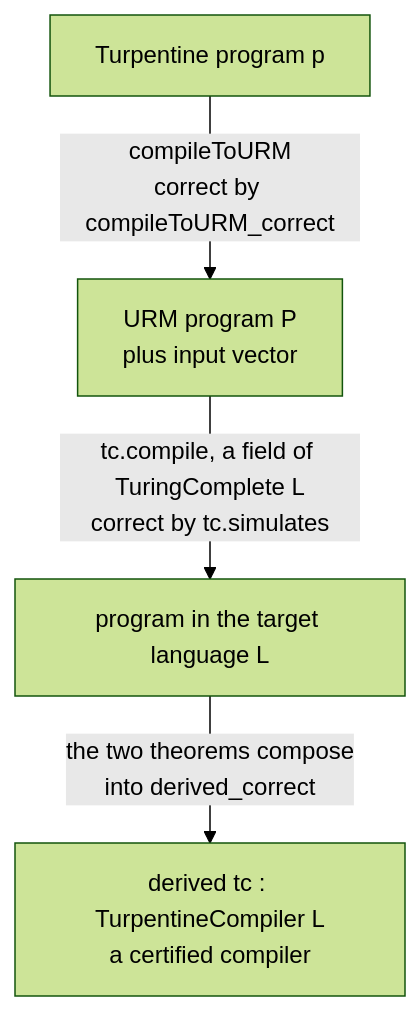
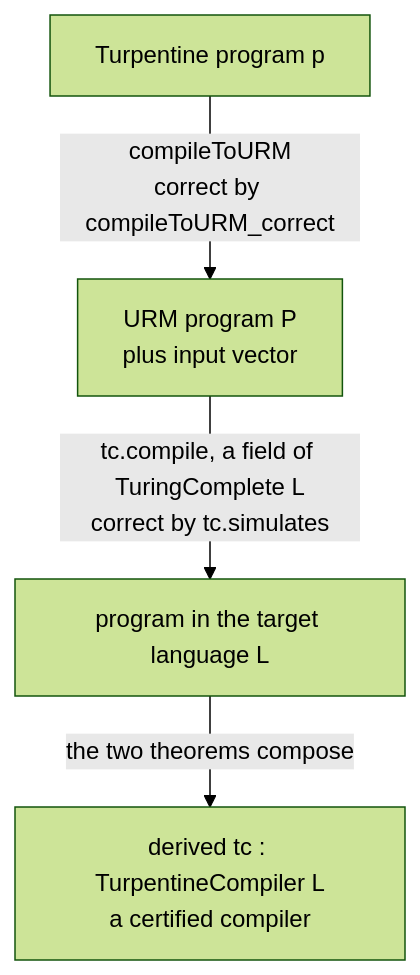
One commit to ilyasergey/langlib changed the diagram in docs/certified-compilation.md. Above: the diagram before and after it, drawn with Mermaid (forest theme). The commit also changed other lines of this file and 2 other files, not shown here.

````diff
--- a/docs/certified-compilation.md
+++ b/docs/certified-compilation.md
@@ -1227,11 +284,11 @@
 ```mermaid
 graph TD
   T["Turpentine program p"]
   U["URM program P<br/>plus input vector"]
   L["program in the target language L"]
   C["derived tc : TurpentineCompiler L<br/>a certified compiler"]
 
   T -->|"compileToURM<br/>correct by compileToURM_correct"| U
   U -->|"tc.compile, a field of TuringComplete L<br/>correct by tc.simulates"| L
-  L -->|"the two theorems compose<br/>into derived_correct"| C
+  L -->|"the two theorems compose"| C
 ```
````
